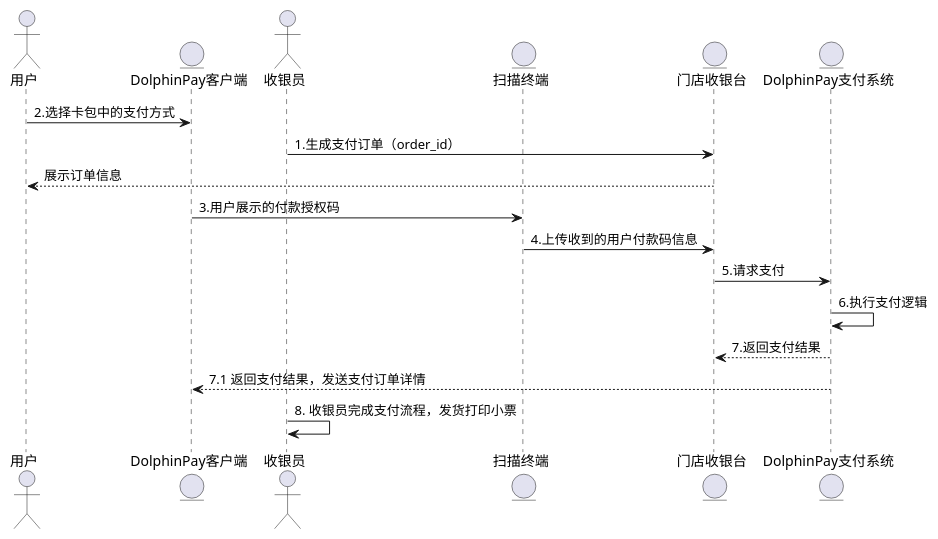
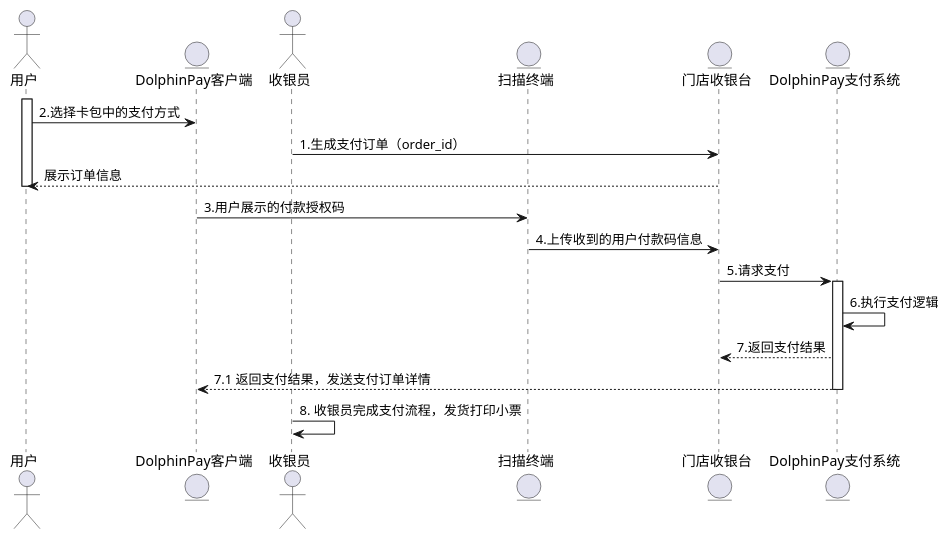
Before and after one commit to zhouchiji/statsthinking21-python: the diagram in product/dolphin_pay_without_password.puml, drawn with PlantUML. The commit also changed 4 other files, not shown here.

```diff
--- a/product/dolphin_pay_without_password.puml
+++ b/product/dolphin_pay_without_password.puml
@@ -1,19 +1,23 @@
 @startuml
 actor       用户          as USER
 entity      DolphinPay客户端    as APP
 actor       收银员         as CASHIER
 entity      扫描终端       as SCAN
 entity      门店收银台       as CHECKOUT
 entity      DolphinPay支付系统       as PAY
 
+activate USER
 USER -> APP : 2.选择卡包中的支付方式
 CASHIER -> CHECKOUT:1.生成支付订单（order_id）
 CHECKOUT --> USER: 展示订单信息
+deactivate USER
 APP -> SCAN: 3.用户展示的付款授权码
 SCAN -> CHECKOUT: 4.上传收到的用户付款码信息
 CHECKOUT -> PAY: 5.请求支付
+activate PAY
 PAY->PAY: 6.执行支付逻辑
 PAY --> CHECKOUT: 7.返回支付结果
 PAY --> APP: 7.1 返回支付结果，发送支付订单详情
+deactivate PAY
 CASHIER ->CASHIER: 8. 收银员完成支付流程，发货打印小票
 @enduml
```
